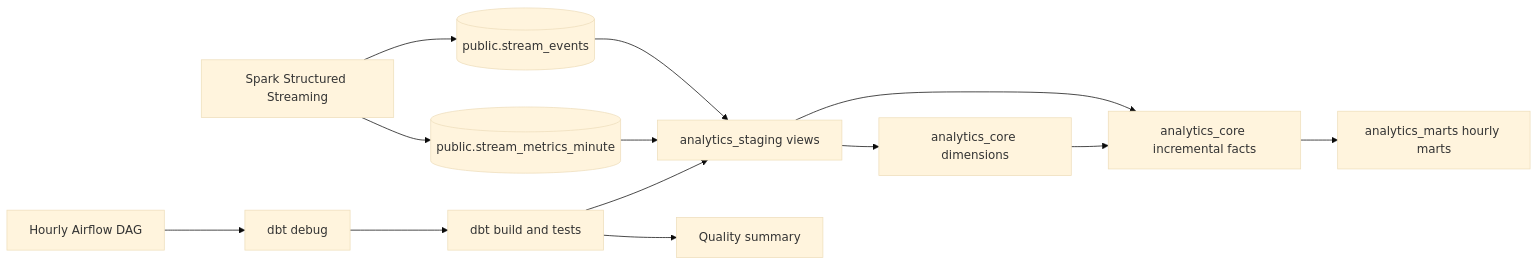
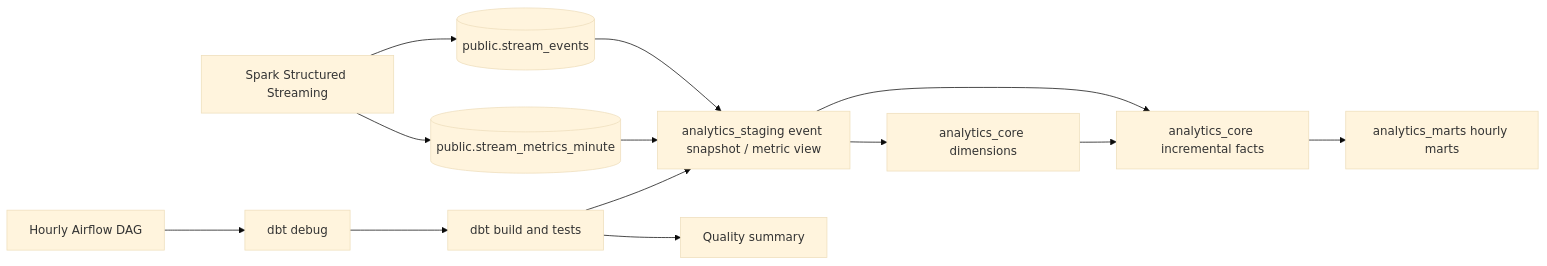
Before and after one commit to kanishk-sc/pulseforge: the diagram in docs/architecture/phase-3-design.md, drawn with Mermaid (base theme). The commit also changed other lines of this file and 5 other files, not shown here.

````diff
--- a/docs/architecture/phase-3-design.md
+++ b/docs/architecture/phase-3-design.md
@@ -17,15 +17,15 @@
 ```mermaid
 flowchart LR
     S[Spark Structured Streaming] --> E[(public.stream_events)]
     S --> MM[(public.stream_metrics_minute)]
-    E --> STG[analytics_staging views]
+    E --> STG[analytics_staging event snapshot / metric view]
     MM --> STG
     STG --> DIM[analytics_core dimensions]
     STG --> FCT[analytics_core incremental facts]
     DIM --> FCT
     FCT --> MART[analytics_marts hourly marts]
     A[Hourly Airflow DAG] --> V[dbt debug]
     V --> B[dbt build and tests]
     B --> Q[Quality summary]
     B --> STG
 ```
````
